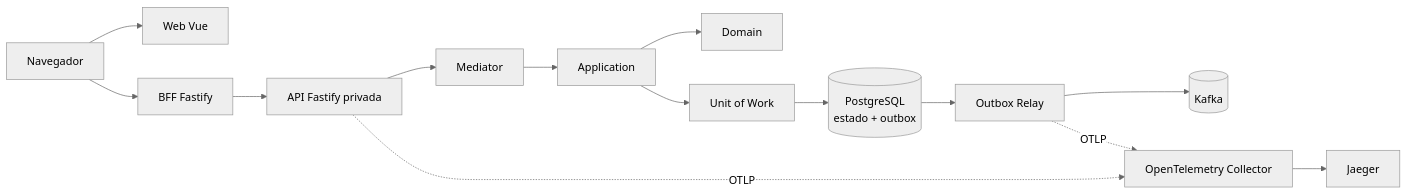
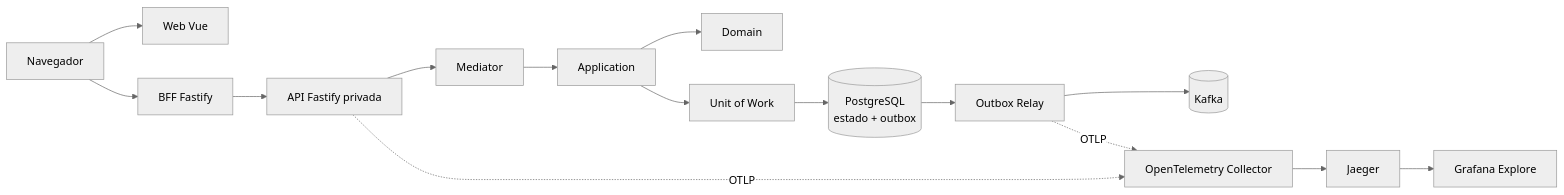
One commit to MauricioGomes02/servir changed the first of 2 diagrams in README.md. Above: the diagram before and after it, drawn with Mermaid (neutral theme). The commit also changed other lines of this file and 13 other files, not shown here.

First line of the commit message:
feat(observability): add Grafana Explore over Jaeger traces

````diff
--- a/README.md
+++ b/README.md
@@ -71,16 +71,17 @@
 ```mermaid
 flowchart LR
     Client[Navegador] --> WEB[Web Vue]
     Client --> BFF[BFF Fastify]
     BFF --> API[API Fastify privada]
     API --> MED[Mediator]
     MED --> APP[Application]
     APP --> DOMAIN[Domain]
     APP --> UOW[Unit of Work]
     UOW --> PG[(PostgreSQL<br/>estado + outbox)]
     PG --> RELAY[Outbox Relay]
     RELAY --> KAFKA[(Kafka)]
     API -. OTLP .-> OTEL[OpenTelemetry Collector]
     RELAY -. OTLP .-> OTEL
     OTEL --> JAEGER[Jaeger]
+    JAEGER --> GRAFANA[Grafana Explore]
 ```
````
